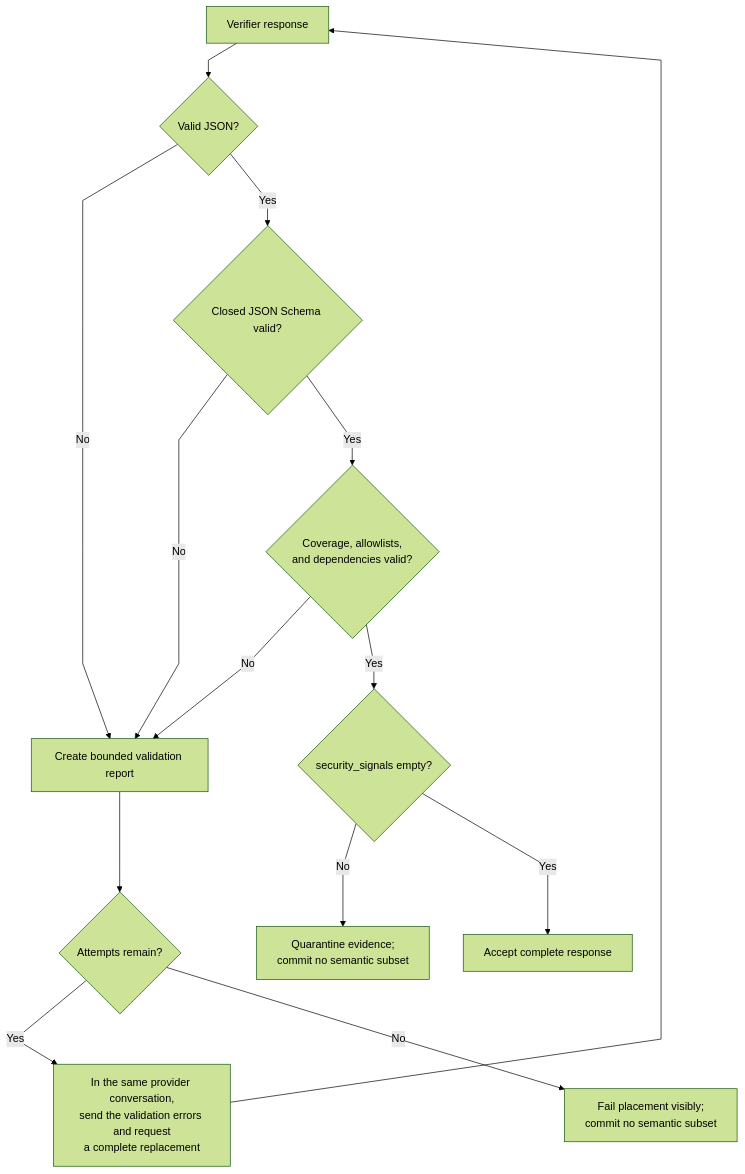
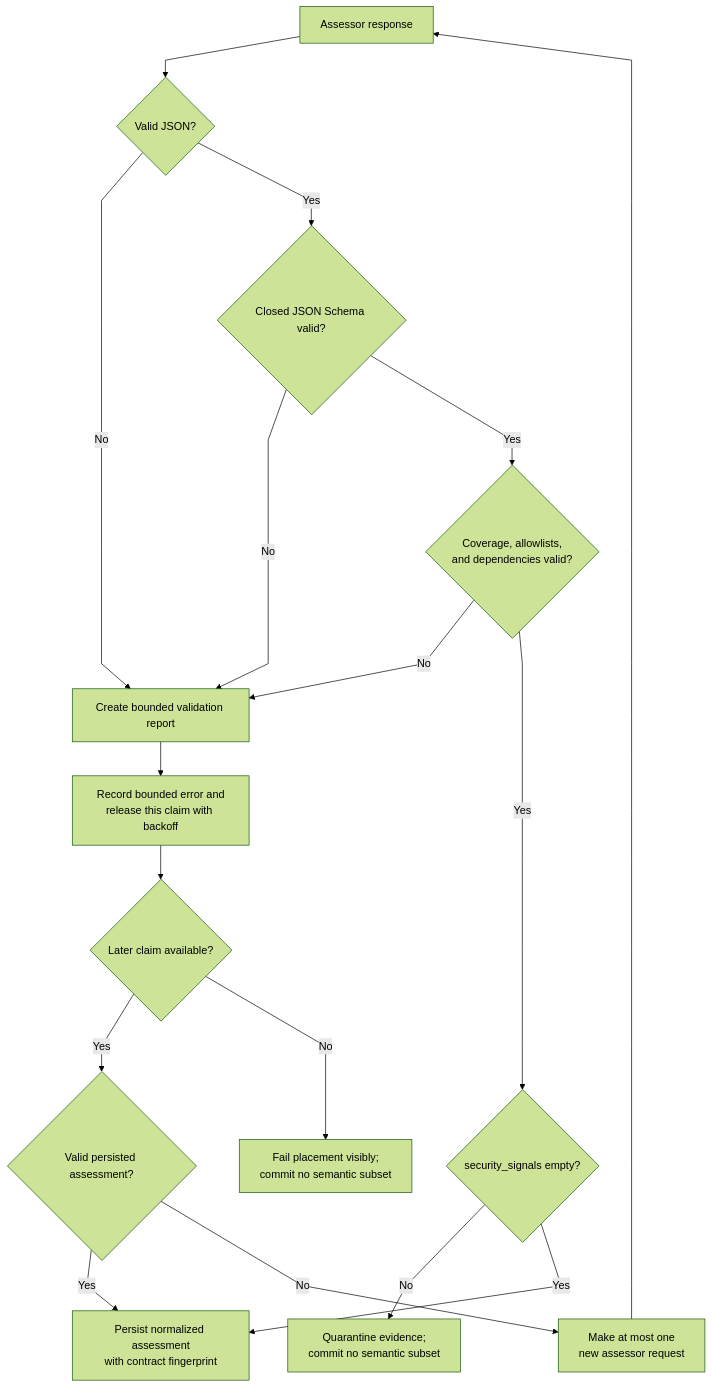
One commit to markhuangai/dense-mem changed the ninth of 14 diagrams in Write-Pipeline.md. Above: the diagram before and after it, drawn with Mermaid (forest theme). The commit also changed other lines of this file and 24 other files, not shown here.

Commit message:
Document V2.4 one-call placement architecture

````diff
--- a/Write-Pipeline.md
+++ b/Write-Pipeline.md
@@ -725,17 +894,20 @@
 ```mermaid
 %%{init: {"flowchart": {"curve": "linear"}}}%%
 flowchart TD
-  Response["Verifier response"] --> JSON{"Valid JSON?"}
+  Response["Assessor response"] --> JSON{"Valid JSON?"}
   JSON -- No --> Error["Create bounded validation report"]
   JSON -- Yes --> Schema{"Closed JSON Schema valid?"}
   Schema -- No --> Error
   Schema -- Yes --> Coverage{"Coverage, allowlists,<br/>and dependencies valid?"}
   Coverage -- No --> Error
   Coverage -- Yes --> Signals{"security_signals empty?"}
   Signals -- No --> Quarantine["Quarantine evidence;<br/>commit no semantic subset"]
-  Signals -- Yes --> Accept["Accept complete response"]
-  Error --> Attempts{"Attempts remain?"}
-  Attempts -- Yes --> Regen["In the same provider conversation,<br/>send the validation errors and request<br/>a complete replacement"]
-  Regen --> Response
-  Attempts -- No --> Fail["Fail placement visibly;<br/>commit no semantic subset"]
+  Signals -- Yes --> Persist["Persist normalized assessment<br/>with contract fingerprint"]
+  Error --> Release["Record bounded error and<br/>release this claim with backoff"]
+  Release --> Later{"Later claim available?"}
+  Later -- Yes --> Existing{"Valid persisted assessment?"}
+  Existing -- Yes --> Persist
+  Existing -- No --> New["Make at most one<br/>new assessor request"]
+  New --> Response
+  Later -- No --> Fail["Fail placement visibly;<br/>commit no semantic subset"]
 ```
````
